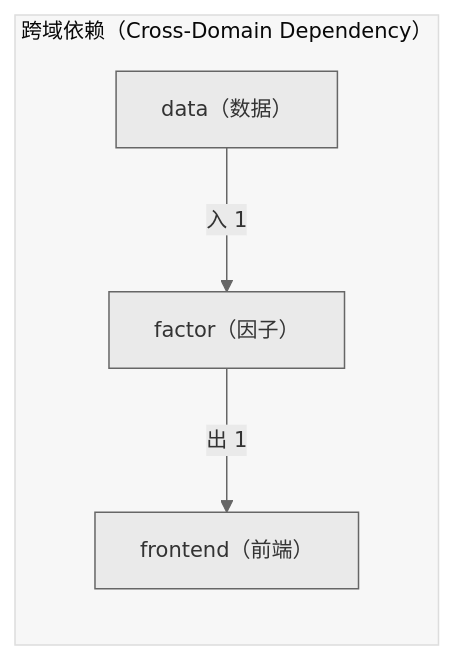
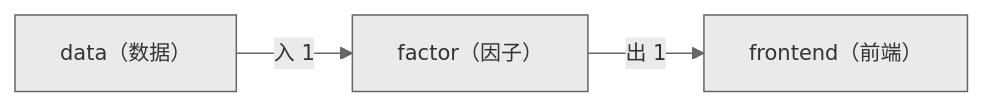
One commit to xuanFelixVan/ZephyrAlpha changed the second of 2 diagrams in docs/02_enterprise_architecture/06_decision_architecture/07_decision_l2a_factor.md. Above: the diagram before and after it, drawn with Mermaid. The commit also changed other lines of this file and 23 other files, not shown here.

First line of the commit message:
fix(decision-diagram): 去掉 subgraph + 加 secondaryColor 修复节点白色

````diff
--- a/docs/02_enterprise_architecture/06_decision_architecture/07_decision_l2a_factor.md
+++ b/docs/02_enterprise_architecture/06_decision_architecture/07_decision_l2a_factor.md
@@ -75,11 +75,9 @@
 ```mermaid
-%%{init: {'theme': 'base', 'themeVariables': {'primaryColor': '#eaeaea', 'primaryTextColor': '#333333', 'primaryBorderColor': '#666666', 'lineColor': '#666666', 'fontSize': '14px'}}}%%
+%%{init: {'theme': 'base', 'themeVariables': {'primaryColor': '#eaeaea', 'primaryTextColor': '#333333', 'primaryBorderColor': '#666666', 'lineColor': '#666666', 'secondaryColor': '#eaeaea', 'tertiaryColor': '#eaeaea', 'fontSize': '14px'}}}%%
 flowchart LR
-    subgraph cd_sg["跨域依赖（Cross-Domain Dependency）"]
-        SELF["factor（因子）"]
-        EXT_frontend["frontend（前端）"]
-        SELF -->|出 1| EXT_frontend
-        EXT_data["data（数据）"]
-        EXT_data -->|入 1| SELF
-    end
+    SELF["factor（因子）"]
+    EXT_frontend["frontend（前端）"]
+    SELF -->|出 1| EXT_frontend
+    EXT_data["data（数据）"]
+    EXT_data -->|入 1| SELF
 ```
````
